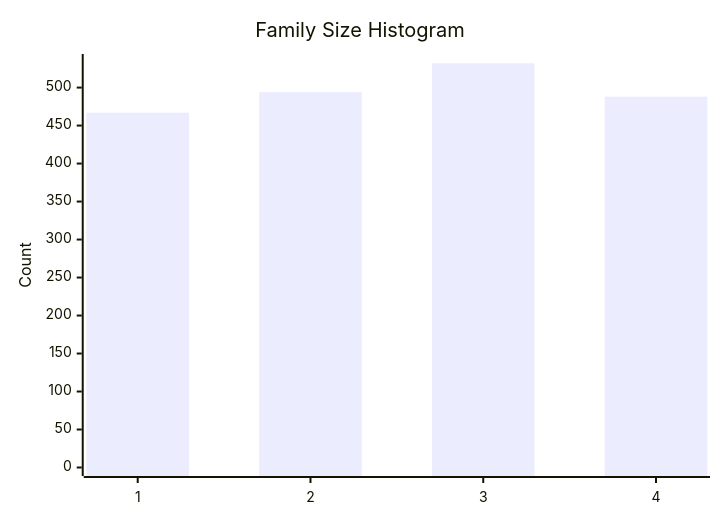
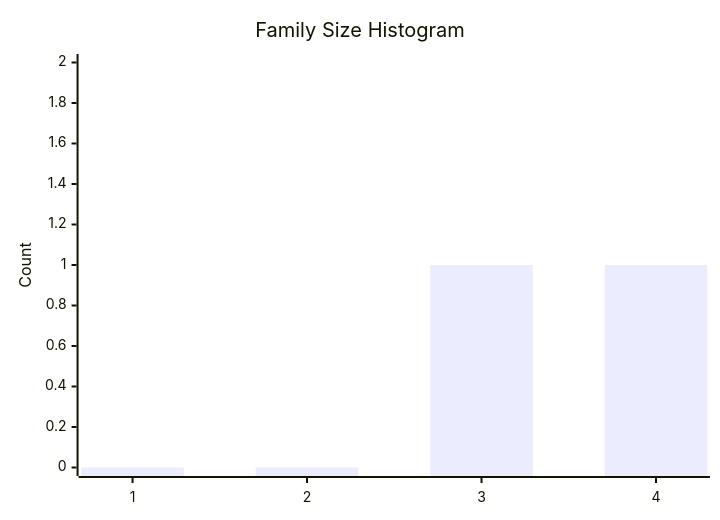
Before and after one commit to dhagan-va/intern-2025: the fifth of 10 diagrams in test-tools/DataGen/src/Statistics_Visualizer.md, drawn with Mermaid. The commit also changed other lines of this file and 6 other files, not shown here.

````diff
--- a/test-tools/DataGen/src/Statistics_Visualizer.md
+++ b/test-tools/DataGen/src/Statistics_Visualizer.md
@@ -57,7 +57,7 @@
 ```mermaid
 xychart-beta
     title "Family Size Histogram"
     x-axis ["1", "2", "3", "4"]
-    y-axis "Count" 0 --> 533
-    bar [467, 494, 532, 488]
+    y-axis "Count" 0 --> 2
+    bar [0, 0, 1, 1]
 ```
````
